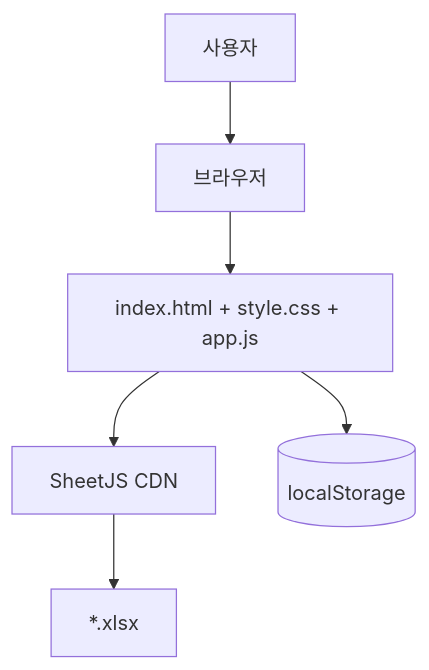
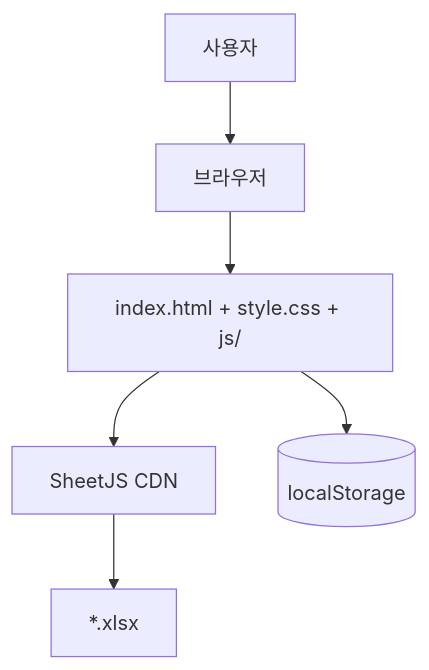
One commit to nuuco/mini-spread-sheet changed the diagram in docs/SRD.md. Above: the diagram before and after it, drawn with Mermaid. The commit also changed other lines of this file and 5 other files, not shown here.

````diff
--- a/docs/SRD.md
+++ b/docs/SRD.md
@@ -19,15 +19,15 @@
 ```mermaid
 flowchart TB
     User[사용자]
     Browser[브라우저]
-    App[index.html + style.css + app.js]
+    App[index.html + style.css + js/]
     XLSX[SheetJS CDN]
     LS[(localStorage)]
     File["*.xlsx"]
 
     User --> Browser
     Browser --> App
     App --> LS
     App --> XLSX
     XLSX --> File
 ```
````
